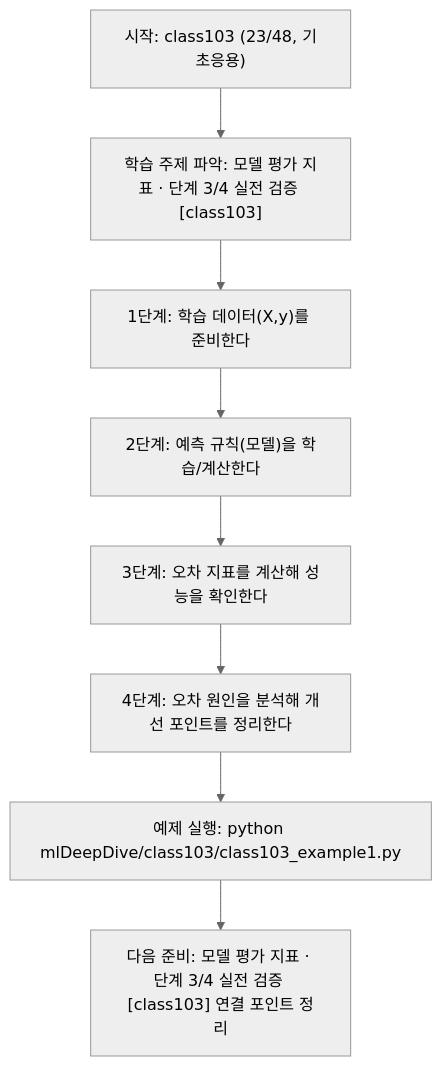
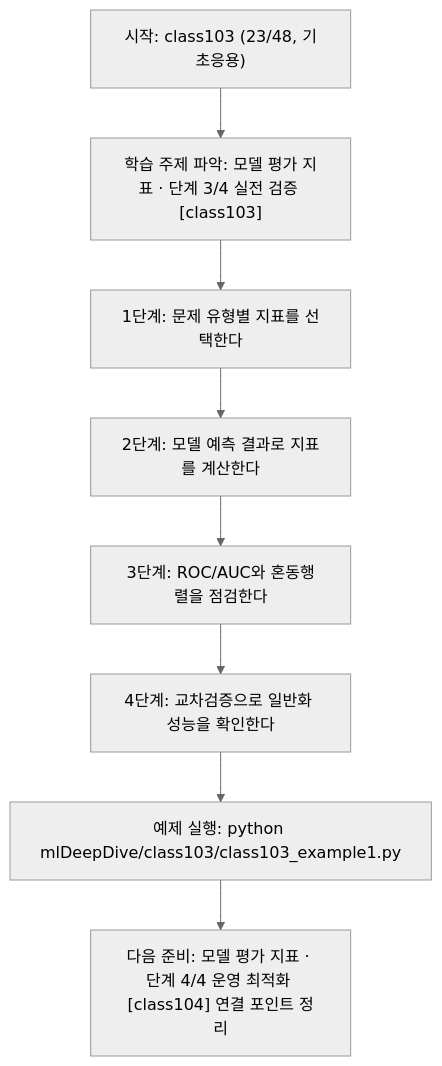
One commit to edumgt/Python-AI_Agent-Class changed the diagram in mlDeepDive/class103/class103.md. Above: the diagram before and after it, drawn with Mermaid (neutral theme). The commit also changed other lines of this file and 338 other files, not shown here.

````diff
--- a/mlDeepDive/class103/class103.md
+++ b/mlDeepDive/class103/class103.md
@@ -110,18 +91,18 @@
 ```mermaid
 flowchart TD
 N1["시작: class103 (23/48, 기초응용)"]
 N2["학습 주제 파악: 모델 평가 지표 · 단계 3/4 실전 검증 [class103]"]
-N3["1단계: 학습 데이터(X,y)를 준비한다"]
-N4["2단계: 예측 규칙(모델)을 학습/계산한다"]
-N5["3단계: 오차 지표를 계산해 성능을 확인한다"]
-N6["4단계: 오차 원인을 분석해 개선 포인트를 정리한다"]
+N3["1단계: 문제 유형별 지표를 선택한다"]
+N4["2단계: 모델 예측 결과로 지표를 계산한다"]
+N5["3단계: ROC/AUC와 혼동행렬을 점검한다"]
+N6["4단계: 교차검증으로 일반화 성능을 확인한다"]
 N7["예제 실행: python mlDeepDive/class103/class103_example1.py"]
-N8["다음 준비: 모델 평가 지표 · 단계 3/4 실전 검증 [class103] 연결 포인트 정리"]
+N8["다음 준비: 모델 평가 지표 · 단계 4/4 운영 최적화 [class104] 연결 포인트 정리"]
 N1 --> N2
 N2 --> N3
 N3 --> N4
 N4 --> N5
 N5 --> N6
 N6 --> N7
 N7 --> N8
 ```
````
